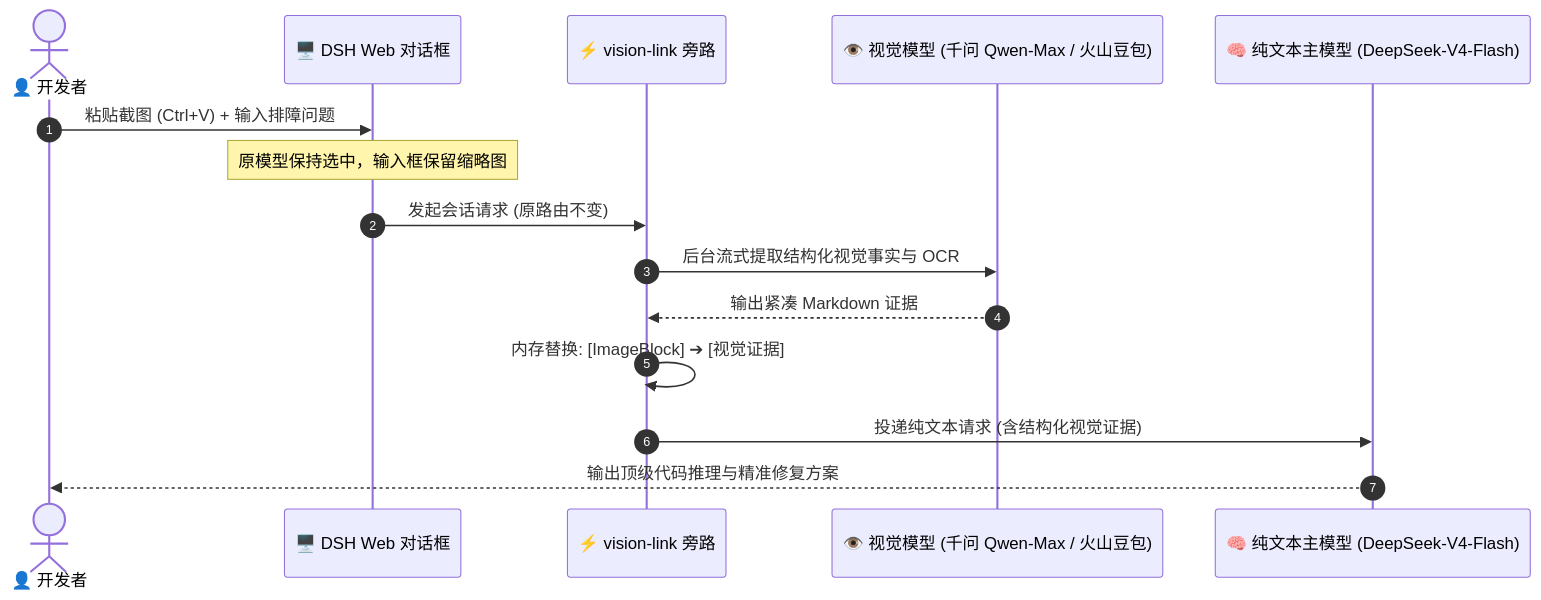
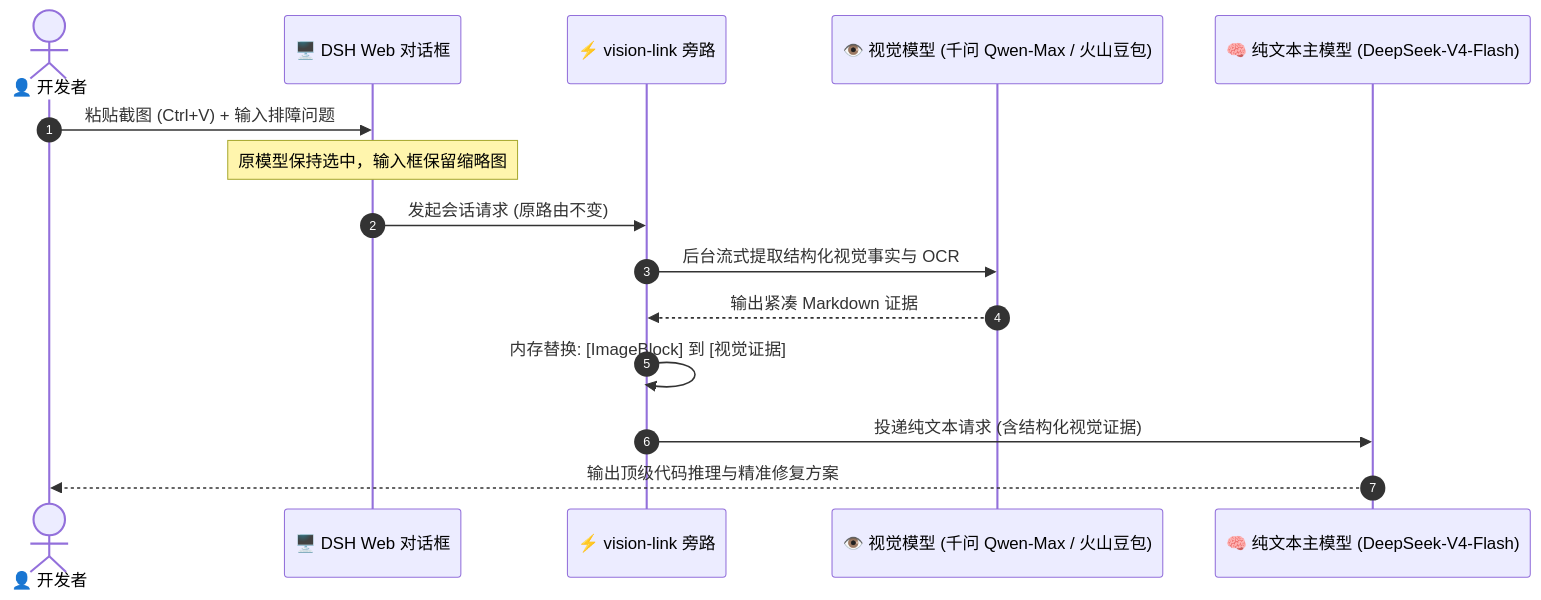
Before and after one commit to sprainJinyu/dsh-vision-link: the diagram in README.zh-CN.md, drawn with Mermaid. The commit also changed 1 other file, not shown here.

Commit message:
fix(docs): fix mermaid syntax in README.md

````diff
--- a/README.zh-CN.md
+++ b/README.zh-CN.md
@@ -42,18 +42,18 @@
 ```mermaid
 sequenceDiagram
     autonumber
     actor User as 👤 开发者
     participant Client as 🖥️ DSH Web 对话框
     participant Plugin as ⚡ vision-link 旁路
     participant VisionLLM as 👁️ 视觉模型 (千问 Qwen-Max / 火山豆包)
     participant TextLLM as 🧠 纯文本主模型 (DeepSeek-V4-Flash)
 
     User->>Client: 粘贴截图 (Ctrl+V) + 输入排障问题
     Note over Client: 原模型保持选中，输入框保留缩略图
     Client->>Plugin: 发起会话请求 (原路由不变)
     Plugin->>VisionLLM: 后台流式提取结构化视觉事实与 OCR
     VisionLLM-->>Plugin: 输出紧凑 Markdown 证据
-    Plugin->>Plugin: 内存替换: [ImageBlock] ➔ [视觉证据]
+    Plugin->>Plugin: 内存替换: [ImageBlock] 到 [视觉证据]
     Plugin->>TextLLM: 投递纯文本请求 (含结构化视觉证据)
     TextLLM-->>User: 输出顶级代码推理与精准修复方案
 ```
````
